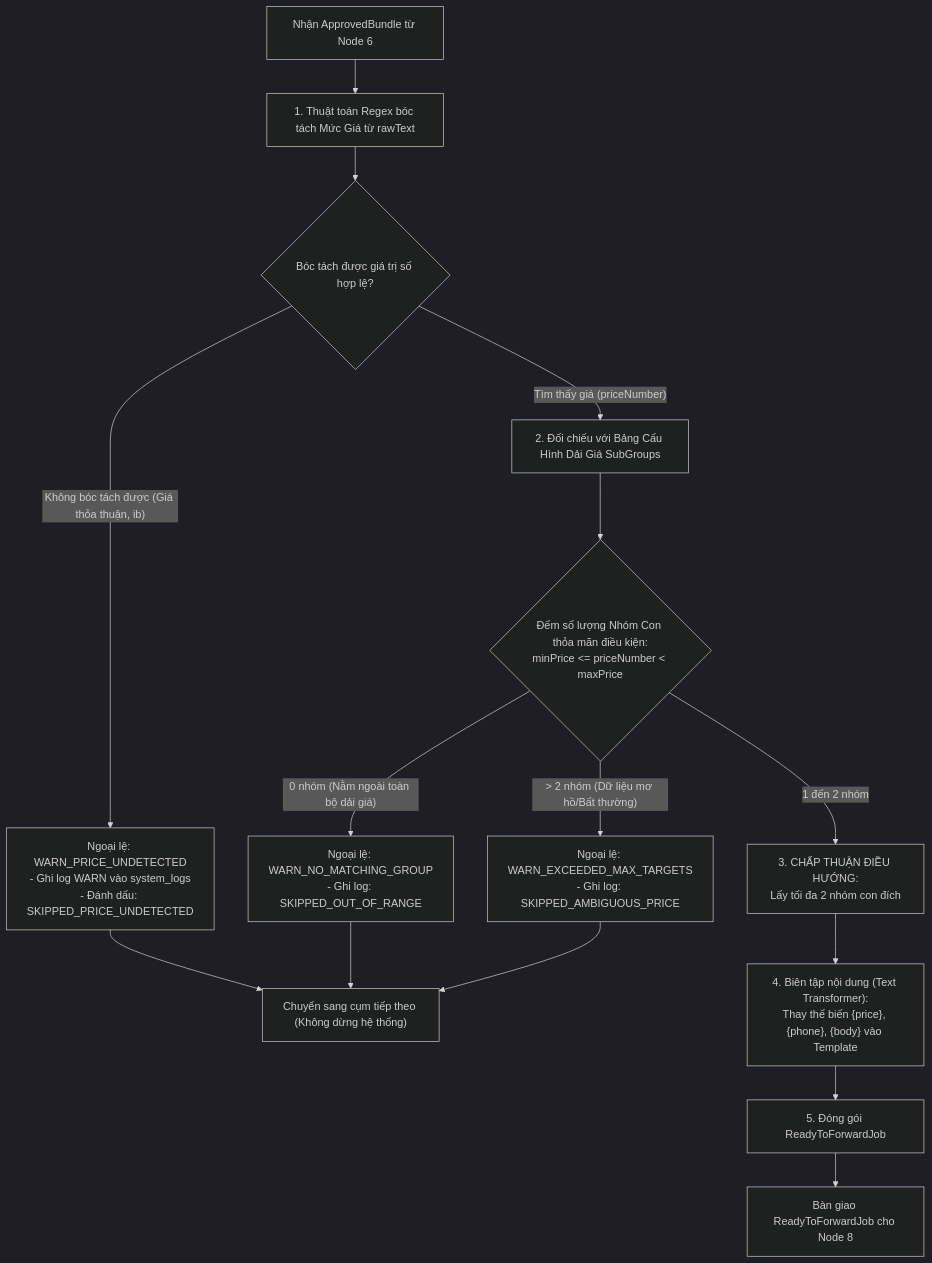
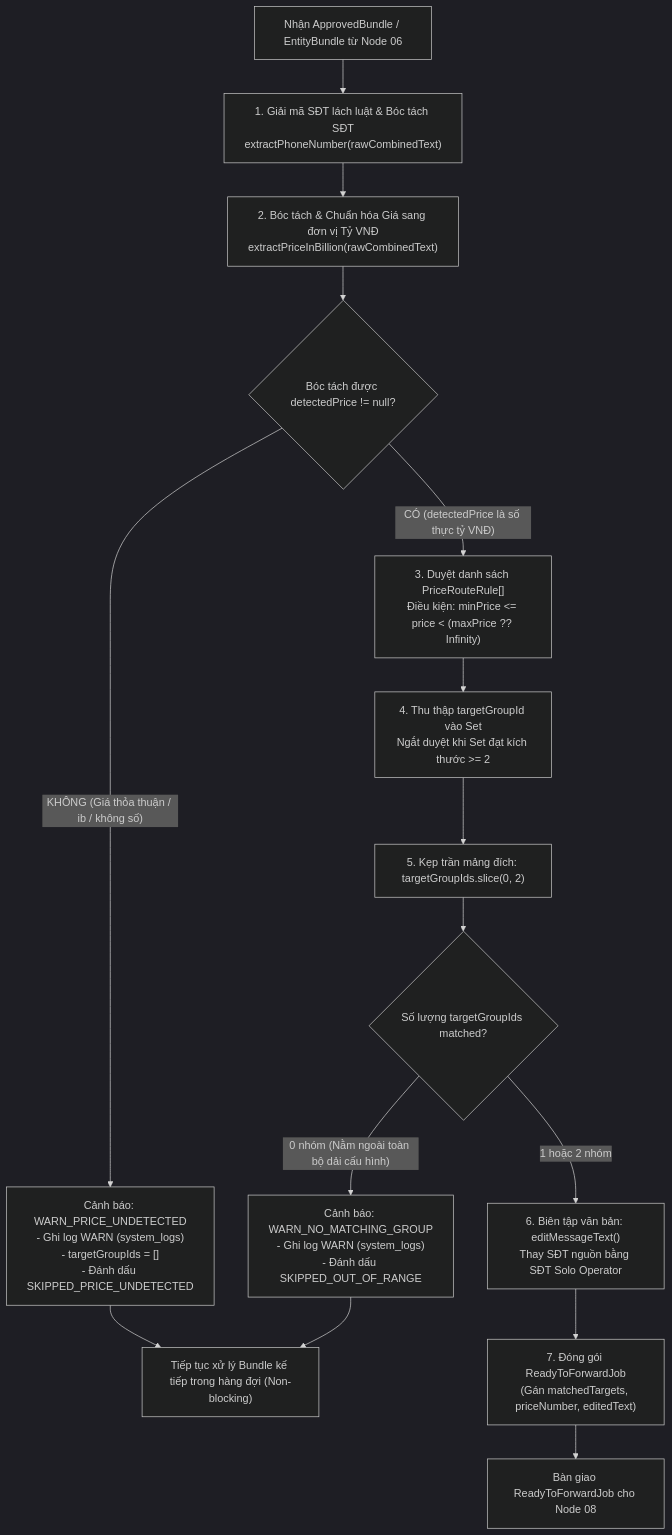
The diagram in Docs/Start-node/07_text_transformer_target_router_node.md (vuthuonghai-steve/auto-rep-zalo), drawn with Mermaid (dark theme) before and after one commit. The commit also changed other lines of this file and 10 other files, not shown here.

Commit message:
docs(start-node): standardize 10-node SDD specs with AI-first baseline and portable relative links

````diff
--- a/Docs/Start-node/07_text_transformer_target_router_node.md
+++ b/Docs/Start-node/07_text_transformer_target_router_node.md
@@ -89,25 +99,29 @@
 ```mermaid
 flowchart TD
-    ReceiveApproved["Nhận ApprovedBundle từ Node 6"] --> ExtractPrice["1. Thuật toán Regex bóc tách Mức Giá từ rawText"]
+    Start["Nhận ApprovedBundle / EntityBundle từ Node 06"] --> ExtractPhone["1. Giải mã SĐT lách luật & Bóc tách SĐT\nextractPhoneNumber(rawCombinedText)"]
     
-    ExtractPrice --> CheckPriceFound{"Bóc tách được giá trị số hợp lệ?"}
+    ExtractPhone --> ExtractPrice["2. Bóc tách & Chuẩn hóa Giá sang đơn vị Tỷ VNĐ\nextractPriceInBillion(rawCombinedText)"]
     
-    CheckPriceFound -- "Không bóc tách được (Giá thỏa thuận, ib)" --> WarnUndetected["Ngoại lệ: WARN_PRICE_UNDETECTED\n- Ghi log WARN vào system_logs\n- Đánh dấu: SKIPPED_PRICE_UNDETECTED"]
+    ExtractPrice --> CheckPrice{"Bóc tách được detectedPrice != null?"}
     
-    CheckPriceFound -- "Tìm thấy giá (priceNumber)" --> MatchSubGroups["2. Đối chiếu với Bảng Cấu Hình Dải Giá SubGroups"]
+    CheckPrice -- "KHÔNG (Giá thỏa thuận / ib / không số)" --> WarnNoPrice["Cảnh báo: WARN_PRICE_UNDETECTED\n- Ghi log WARN (system_logs)\n- targetGroupIds = []\n- Đánh dấu SKIPPED_PRICE_UNDETECTED"]
     
-    MatchSubGroups --> CountMatches{"Đếm số lượng Nhóm Con thỏa mãn điều kiện:\nminPrice <= priceNumber < maxPrice"}
+    CheckPrice -- "CÓ (detectedPrice là số thực tỷ VNĐ)" --> MatchRules["3. Duyệt danh sách PriceRouteRule[]\nĐiều kiện: minPrice <= price < (maxPrice ?? Infinity)"]
     
-    CountMatches -- "0 nhóm (Nằm ngoài toàn bộ dải giá)" --> WarnNoMatch["Ngoại lệ: WARN_NO_MATCHING_GROUP\n- Ghi log: SKIPPED_OUT_OF_RANGE"]
-    CountMatches -- "> 2 nhóm (Dữ liệu mơ hồ/Bất thường)" --> WarnTooMany["Ngoại lệ: WARN_EXCEEDED_MAX_TARGETS\n- Ghi log: SKIPPED_AMBIGUOUS_PRICE"]
-    CountMatches -- "1 đến 2 nhóm" --> ValidRouting["3. CHẤP THUẬN ĐIỀU HƯỚNG:\nLấy tối đa 2 nhóm con đích"]
+    MatchRules --> DeduplicateSet["4. Thu thập targetGroupId vào Set<string>\nNgắt duyệt khi Set đạt kích thước >= 2"]
     
-    ValidRouting --> TransformText["4. Biên tập nội dung (Text Transformer):\nThay thế biến {price}, {phone}, {body} vào Template"]
+    DeduplicateSet --> ClampSlice["5. Kẹp trần mảng đích: targetGroupIds.slice(0, 2)"]
     
-    TransformText --> CreateJob["5. Đóng gói ReadyToForwardJob"]
-    CreateJob --> EmitNode8["Bàn giao ReadyToForwardJob cho Node 8"]
+    ClampSlice --> CheckCount{"Số lượng targetGroupIds matched?"}
     
-    WarnUndetected --> NextBundle["Chuyển sang cụm tiếp theo (Không dừng hệ thống)"]
-    WarnNoMatch --> NextBundle
-    WarnTooMany --> NextBundle
+    CheckCount -- "0 nhóm (Nằm ngoài toàn bộ dải cấu hình)" --> WarnOutOfRange["Cảnh báo: WARN_NO_MATCHING_GROUP\n- Ghi log WARN (system_logs)\n- Đánh dấu SKIPPED_OUT_OF_RANGE"]
+    
+    CheckCount -- "1 hoặc 2 nhóm" --> TransformText["6. Biên tập văn bản: editMessageText()\nThay SĐT nguồn bằng SĐT Solo Operator"]
+    
+    TransformText --> PackageJob["7. Đóng gói ReadyToForwardJob\n(Gán matchedTargets, priceNumber, editedText)"]
+    
+    PackageJob --> EmitNode08["Bàn giao ReadyToForwardJob cho Node 08"]
+    
+    WarnNoPrice --> NextBundle["Tiếp tục xử lý Bundle kế tiếp trong hàng đợi (Non-blocking)"]
+    WarnOutOfRange --> NextBundle
 ```
````
